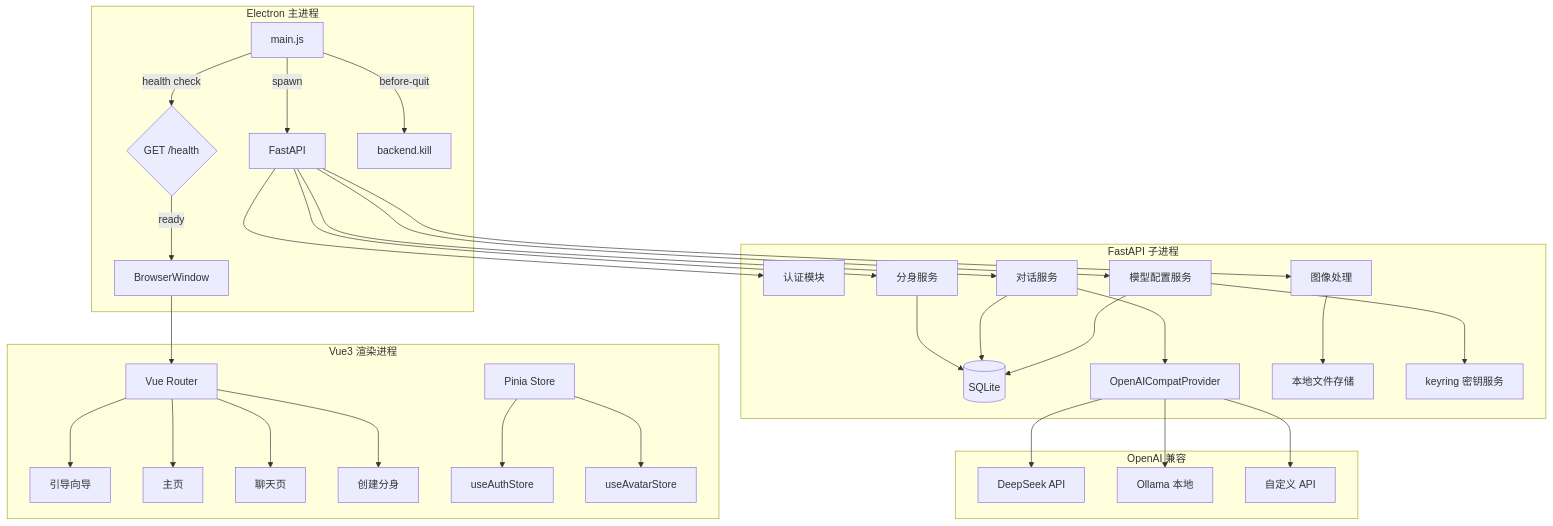
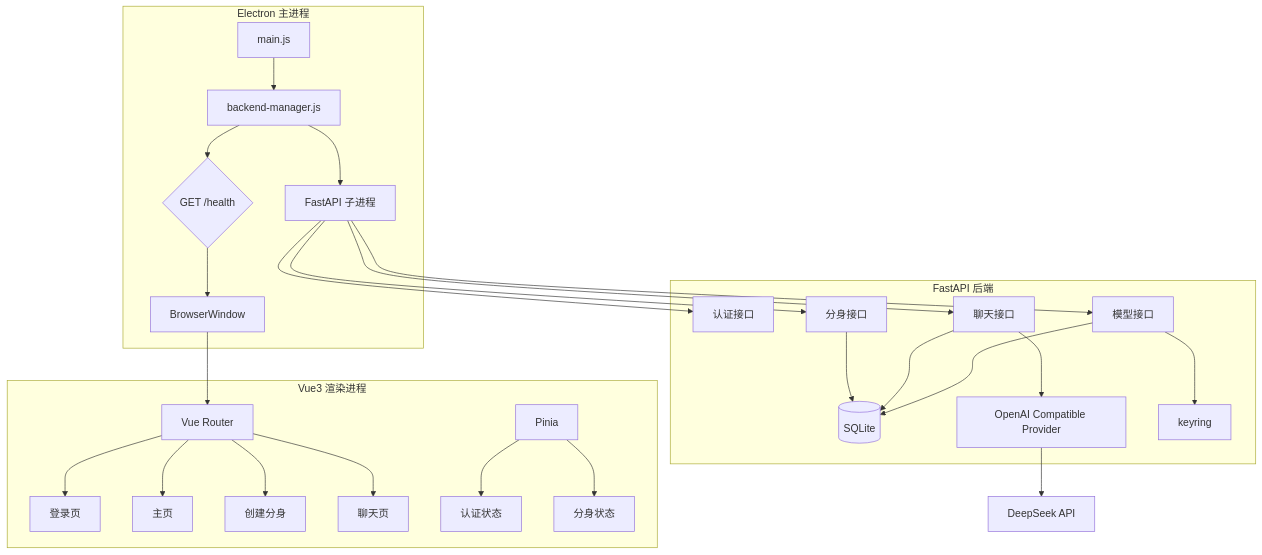
Before and after one commit to Mingjiexiaojiu/MultiYou: the first of 2 diagrams in Design/Phase1_基础版_设计文档.md, drawn with Mermaid. The commit also changed other lines of this file and 16 other files, not shown here.

````diff
--- a/Design/Phase1_基础版_设计文档.md
+++ b/Design/Phase1_基础版_设计文档.md
@@ -88,39 +64,33 @@
 ```mermaid
 graph TD
     subgraph Electron [Electron 主进程]
-        Main[main.js] --> |spawn| Backend
-        Main --> |health check| HealthCheck{GET /health}
-        HealthCheck --> |ready| BW[BrowserWindow]
-        Main --> |before-quit| Kill[backend.kill]
+        Main[main.js] --> BackendManager[backend-manager.js]
+        BackendManager --> Backend[FastAPI 子进程]
+        BackendManager --> Health{GET /health}
+        Health --> Window[BrowserWindow]
     end
 
-    subgraph Vue3 [Vue3 渲染进程]
-        BW --> Router[Vue Router]
-        Router --> Onboarding[引导向导]
+    subgraph Frontend [Vue3 渲染进程]
+        Window --> Router[Vue Router]
+        Router --> Login[登录页]
         Router --> Home[主页]
+        Router --> Create[创建分身]
         Router --> Chat[聊天页]
-        Router --> Create[创建分身]
-        Pinia[Pinia Store] --> AuthStore[useAuthStore]
-        Pinia --> AvatarStore[useAvatarStore]
+        Pinia[Pinia] --> AuthStore[认证状态]
+        Pinia --> AvatarStore[分身状态]
     end
 
-    subgraph 后端 [FastAPI 子进程]
-        Backend[FastAPI] --> Auth[认证模块]
-        Backend --> AvatarSvc[分身服务]
-        Backend --> ChatSvc[对话服务]
-        Backend --> ImgSvc[图像处理]
-        Backend --> ModelSvc[模型配置服务]
-        AvatarSvc --> DB[(SQLite)]
-        ChatSvc --> DB
-        ModelSvc --> DB
-        ChatSvc --> Provider[OpenAICompatProvider]
-        ImgSvc --> FileStore[本地文件存储]
-        ModelSvc --> KeyService[keyring 密钥服务]
+    subgraph BackendSvc [FastAPI 后端]
+        Backend --> AuthAPI[认证接口]
+        Backend --> AvatarAPI[分身接口]
+        Backend --> ChatAPI[聊天接口]
+        Backend --> ModelAPI[模型接口]
+        AvatarAPI --> DB[(SQLite)]
+        ChatAPI --> DB
+        ModelAPI --> DB
+        ChatAPI --> Provider[OpenAI Compatible Provider]
+        ModelAPI --> Keyring[keyring]
     end
 
-    subgraph 模型层 [OpenAI 兼容]
-        Provider --> DeepSeek[DeepSeek API]
-        Provider --> Ollama[Ollama 本地]
-        Provider --> Custom[自定义 API]
-    end
+    Provider --> DeepSeek[DeepSeek API]
 ```
````
